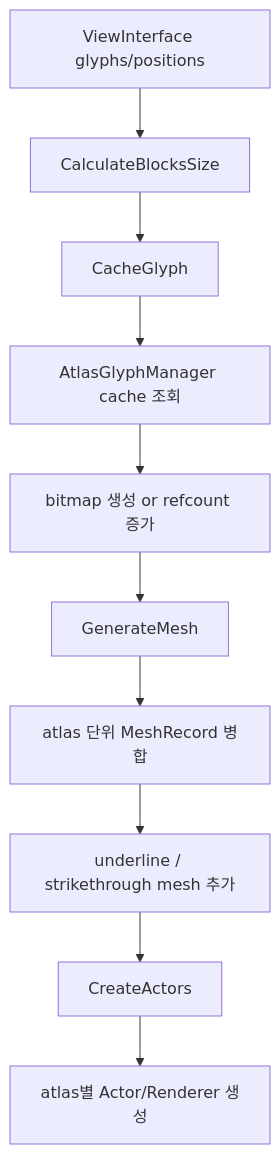
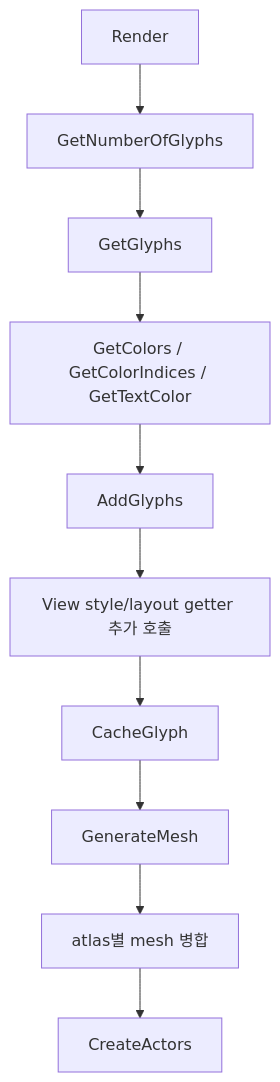
The second of 3 diagrams in docs/text-visualizer/04-atlas-renderer-analysis.ko.md (wonrst/dali-ui), drawn with Mermaid before and after one commit. The commit also changed other lines of this file, not shown here.

Commit message:
Add atlas renderer analysis for text visualizer

````diff
--- a/docs/text-visualizer/04-atlas-renderer-analysis.ko.md
+++ b/docs/text-visualizer/04-atlas-renderer-analysis.ko.md
@@ -24,12 +157,12 @@
 ```mermaid
 flowchart TD
-  A[ViewInterface glyphs/positions] --> B[CalculateBlocksSize]
-  B --> C[CacheGlyph]
-  C --> D[AtlasGlyphManager cache 조회]
-  D --> E[bitmap 생성 or refcount 증가]
-  E --> F[GenerateMesh]
-  F --> G[atlas 단위 MeshRecord 병합]
-  G --> H[underline / strikethrough mesh 추가]
-  H --> I[CreateActors]
-  I --> J[atlas별 Actor/Renderer 생성]
+  A[Render] --> B[GetNumberOfGlyphs]
+  B --> C[GetGlyphs]
+  C --> D[GetColors / GetColorIndices / GetTextColor]
+  D --> E[AddGlyphs]
+  E --> F[View style/layout getter 추가 호출]
+  F --> G[CacheGlyph]
+  G --> H[GenerateMesh]
+  H --> I[atlas별 mesh 병합]
+  I --> J[CreateActors]
 ```
````
